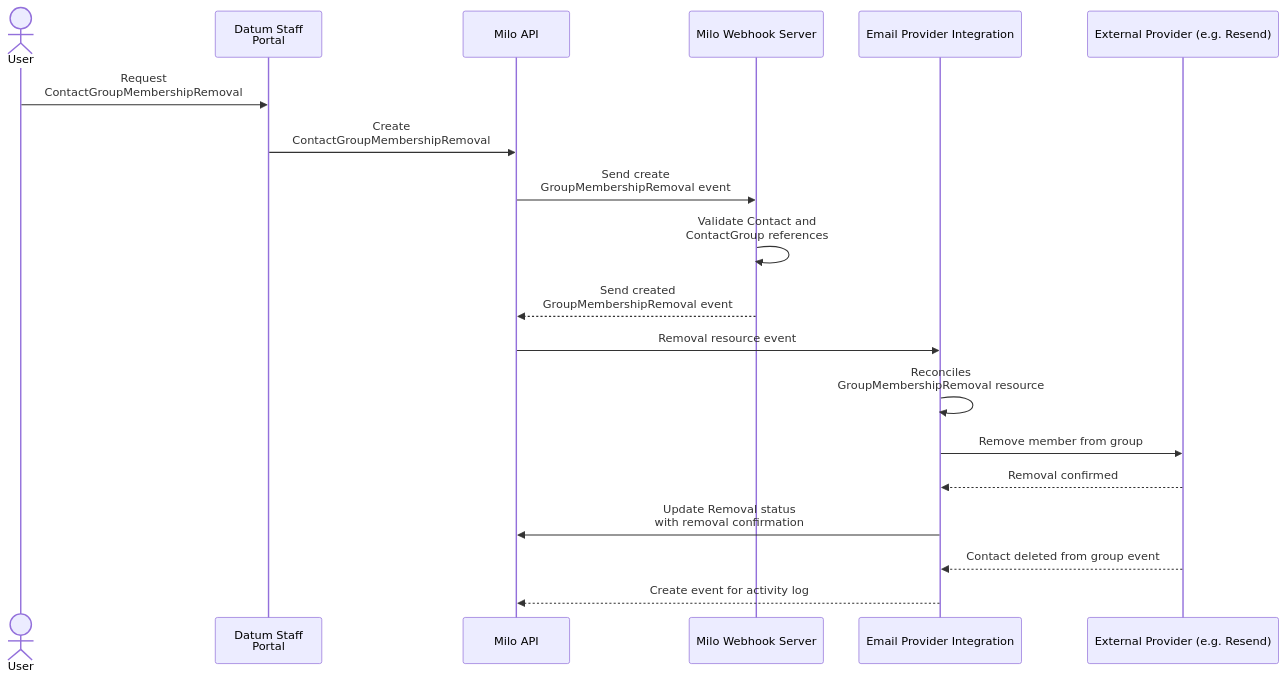
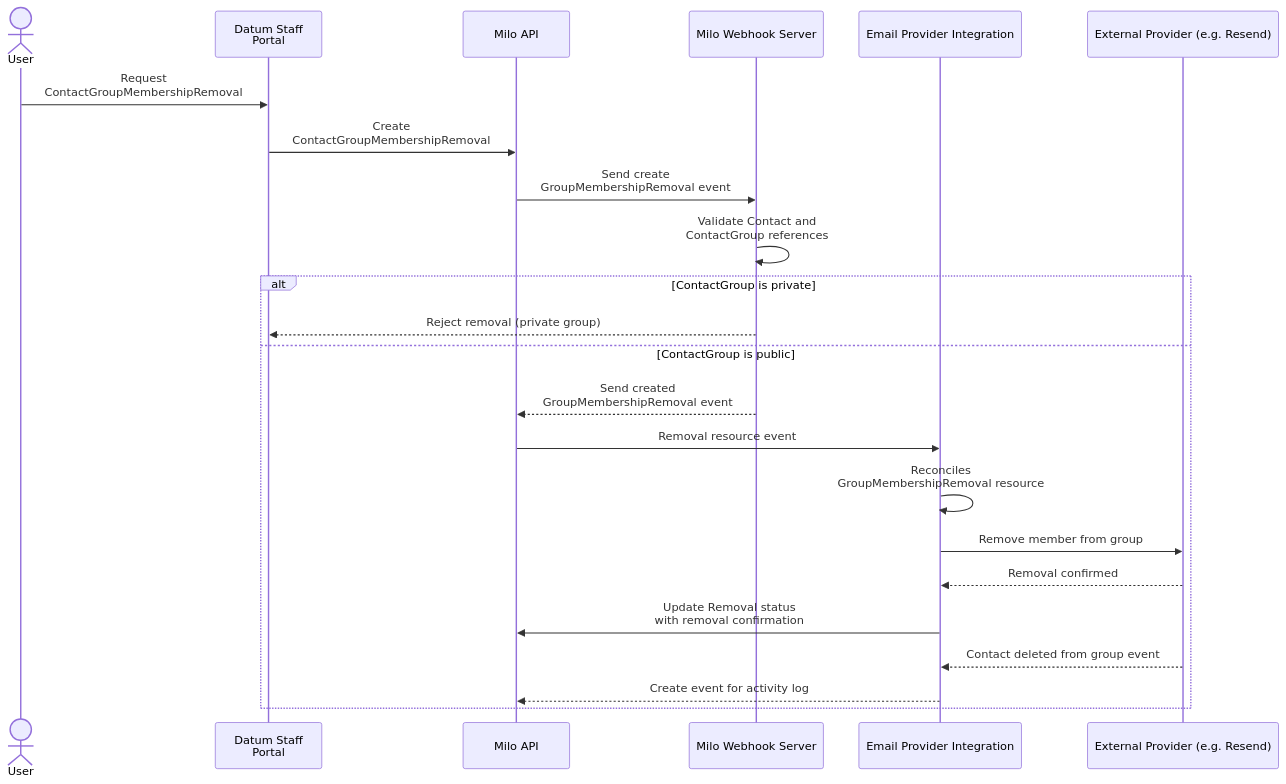
One commit to datum-cloud/enhancements changed the fourth of 4 diagrams in enhancements/platform/email-integration/email-contact-group/README.md. Above: the diagram before and after it, drawn with Mermaid. The commit also changed other lines of this file, not shown here.

Commit message:
fix: enhance GroupMembershipRemoval flow with ContactGroup visibilty alternatives

````diff
--- a/enhancements/platform/email-integration/email-contact-group/README.md
+++ b/enhancements/platform/email-integration/email-contact-group/README.md
@@ -268,23 +268,27 @@
 ```mermaid
 sequenceDiagram
     actor user as User
     participant staffPortal as Datum Staff <br/> Portal
     participant miloAPI as Milo API
     participant miloWebhook as Milo Webhook Server
     participant emailIntegration as Email Provider Integration
     participant provider as External Provider (e.g. Resend)
     
 
     user ->> staffPortal: Request <br/> ContactGroupMembershipRemoval
     staffPortal ->> miloAPI: Create <br/> ContactGroupMembershipRemoval
     miloAPI ->> miloWebhook: Send create <br/> GroupMembershipRemoval event
     miloWebhook ->> miloWebhook: Validate Contact and <br/> ContactGroup references
-    miloWebhook -->> miloAPI: Send created <br/> GroupMembershipRemoval event
-    miloAPI ->> emailIntegration: Removal resource event
-    emailIntegration ->> emailIntegration: Reconciles <br/> GroupMembershipRemoval resource
-    emailIntegration ->> provider: Remove member from group
-    provider -->> emailIntegration: Removal confirmed
-    emailIntegration ->> miloAPI: Update Removal status <br/> with removal confirmation
-    provider -->> emailIntegration: Contact deleted from group event
-    emailIntegration -->> miloAPI: Create event for activity log
+    alt ContactGroup is private
+        miloWebhook -->> staffPortal: Reject removal (private group)
+    else ContactGroup is public
+        miloWebhook -->> miloAPI: Send created <br/> GroupMembershipRemoval event
+        miloAPI ->> emailIntegration: Removal resource event
+        emailIntegration ->> emailIntegration: Reconciles <br/> GroupMembershipRemoval resource
+        emailIntegration ->> provider: Remove member from group
+        provider -->> emailIntegration: Removal confirmed
+        emailIntegration ->> miloAPI: Update Removal status <br/> with removal confirmation
+        provider -->> emailIntegration: Contact deleted from group event
+        emailIntegration -->> miloAPI: Create event for activity log
+    end
 ```
````
